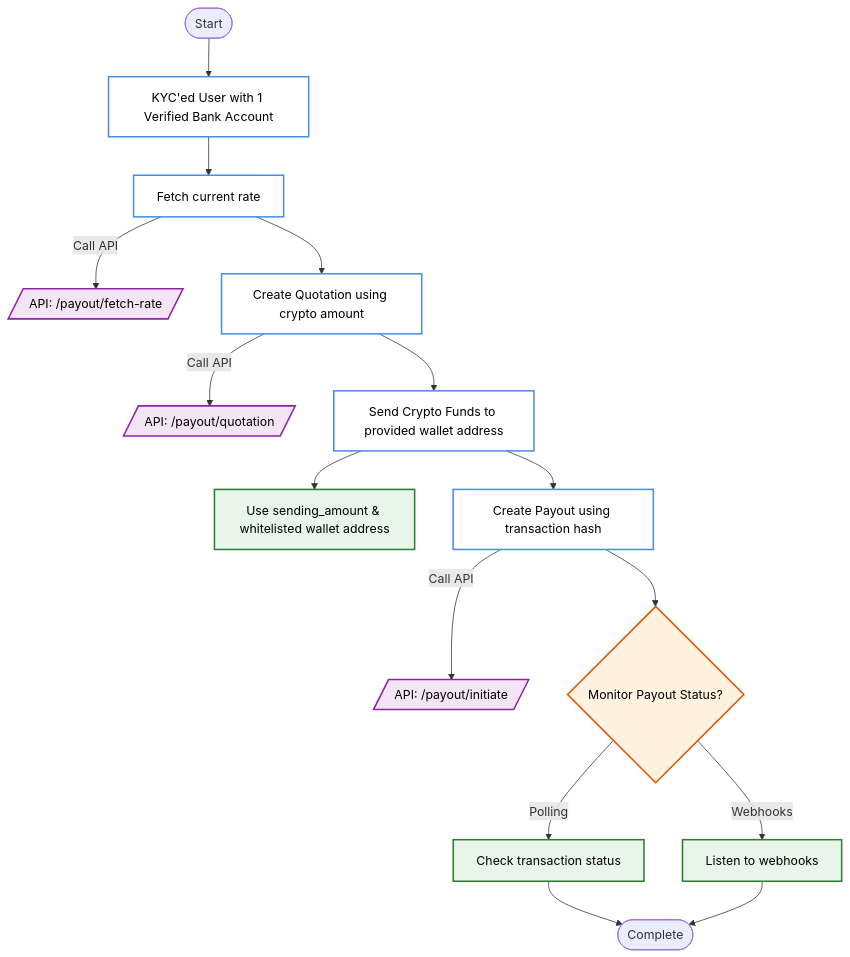
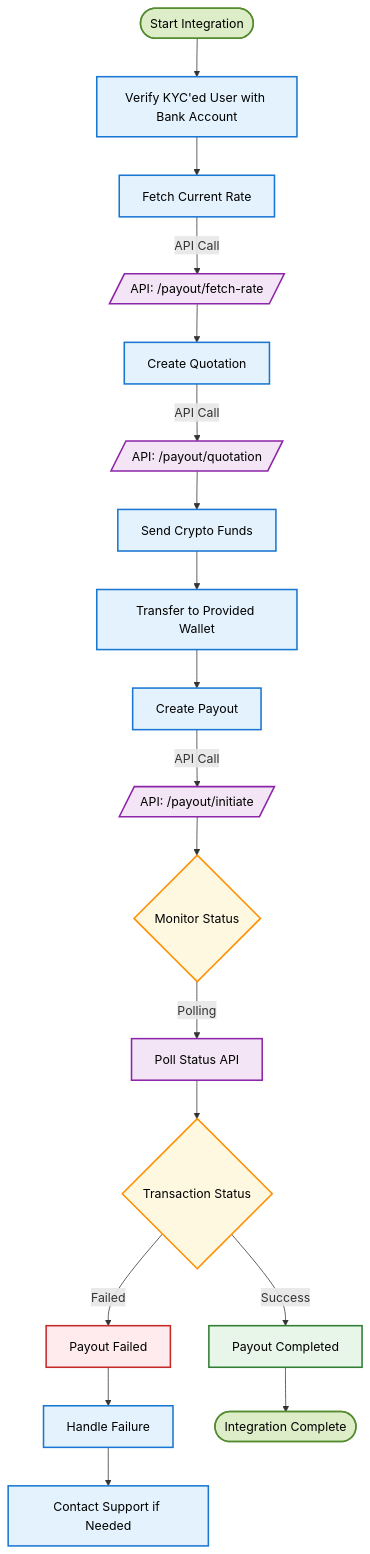
One commit to DollarPe-Infra/docs changed the first of 2 diagrams in guides/payout.mdx. Above: the diagram before and after it, drawn with Mermaid. The commit also changed other lines of this file and 9 other files, not shown here.

````diff
--- a/guides/payout.mdx
+++ b/guides/payout.mdx
@@ -24,41 +38,44 @@
 ```mermaid
 flowchart TD
-    %% Main Flow
-    Start([Start]) --> KYCCheck[KYC'ed User with 1 Verified Bank Account]
+    Start([Start Integration]) --> KYCCheck[Verify KYC'ed User with Bank Account]
+    
+    KYCCheck --> FetchRate[Fetch Current Rate]
+    FetchRate -->|API Call| FetchRateAPI[/API: /payout/fetch-rate/]
+    
+    FetchRateAPI --> CreateQuote[Create Quotation]
+    CreateQuote -->|API Call| QuoteAPI[/API: /payout/quotation/]
+    
+    QuoteAPI --> SendFunds[Send Crypto Funds]
+    SendFunds --> WalletTransfer[Transfer to Provided Wallet]
+    
+    WalletTransfer --> CreatePayout[Create Payout]
+    CreatePayout -->|API Call| PayoutAPI[/API: /payout/initiate/]
+    
+    PayoutAPI --> MonitorStatus{Monitor Status}
+    
+    MonitorStatus -->|Polling| StatusCheck[Poll Status API]
+    
+    StatusCheck --> StatusEval{Transaction Status}
+    
+    StatusEval -->|Success| Success[Payout Completed]
+    StatusEval -->|Failed| Failed[Payout Failed]
+    
+    Failed --> HandleFailure[Handle Failure]
+    HandleFailure --> ContactSupport[Contact Support if Needed]
+    
+    Success --> Complete([Integration Complete])
 
-    %% Fetch Rate
-    KYCCheck --> FetchRate[Fetch current rate]
-    FetchRate -->|Call API| FetchRateAPI[/API: /payout/fetch-rate/]
-    
-    %% Create Quotation
-    FetchRate --> CreateQuote[Create Quotation using crypto amount]
-    CreateQuote -->|Call API| QuoteAPI[/API: /payout/quotation/]
+    classDef startEndNode fill:#dcedc8,stroke:#558b2f,stroke-width:2px,color:#000
+    classDef mainNode fill:#e3f2fd,stroke:#1976d2,stroke-width:2px,color:#000
+    classDef apiNode fill:#f3e5f5,stroke:#8e24aa,stroke-width:2px,color:#000
+    classDef stateNode fill:#e8f5e9,stroke:#2e7d32,stroke-width:2px,color:#000
+    classDef failureNode fill:#ffebee,stroke:#c62828,stroke-width:2px,color:#000
+    classDef waitNode fill:#fff8e1,stroke:#ff8f00,stroke-width:2px,color:#000
 
-    %% Send Funds
-    CreateQuote --> SendFunds[Send Crypto Funds to provided wallet address]
-    SendFunds --> SendTxnInfo[Use sending_amount & whitelisted wallet address]
-
-    %% Create Payout
-    SendFunds --> CreatePayout[Create Payout using transaction hash]
-    CreatePayout -->|Call API| PayoutAPI[/API: /payout/initiate/]
-
-    %% Monitor Status
-    CreatePayout --> MonitorStatus{Monitor Payout Status?}
-    MonitorStatus -- Polling --> PollStatus[Check transaction status]
-    MonitorStatus -- Webhooks --> Webhook[Listen to webhooks]
-    PollStatus --> Complete([Complete])
-    Webhook --> Complete([Complete])
-
-    %% Styling for Mintlify Dark/Light Mode
-    classDef mainNode fill:#ffffff,stroke:#4a90e2,stroke-width:2px,color:#000
-    classDef apiNode fill:#f3e5f5,stroke:#8e24aa,stroke-width:2px,color:#000
-    classDef processNode fill:#e8f5e9,stroke:#2e7d32,stroke-width:2px,color:#000
-    classDef monitorNode fill:#fff3e0,stroke:#e65100,stroke-width:2px,color:#000
-
-    %% Apply Styles
-    class KYCCheck,FetchRate,CreateQuote,SendFunds,CreatePayout mainNode
-    class FetchRateAPI,QuoteAPI,PayoutAPI apiNode
-    class SendTxnInfo,PollStatus,Webhook processNode
-    class MonitorStatus monitorNode
-
+    class Start,Complete startEndNode
+    class KYCCheck,FetchRate,CreateQuote,SendFunds,WalletTransfer,CreatePayout,HandleFailure,ContactSupport mainNode
+    class FetchRateAPI,QuoteAPI,PayoutAPI,StatusCheck apiNode
+    class Success stateNode
+    class Failed failureNode
+    class MonitorStatus,StatusEval waitNode
 ```
````
